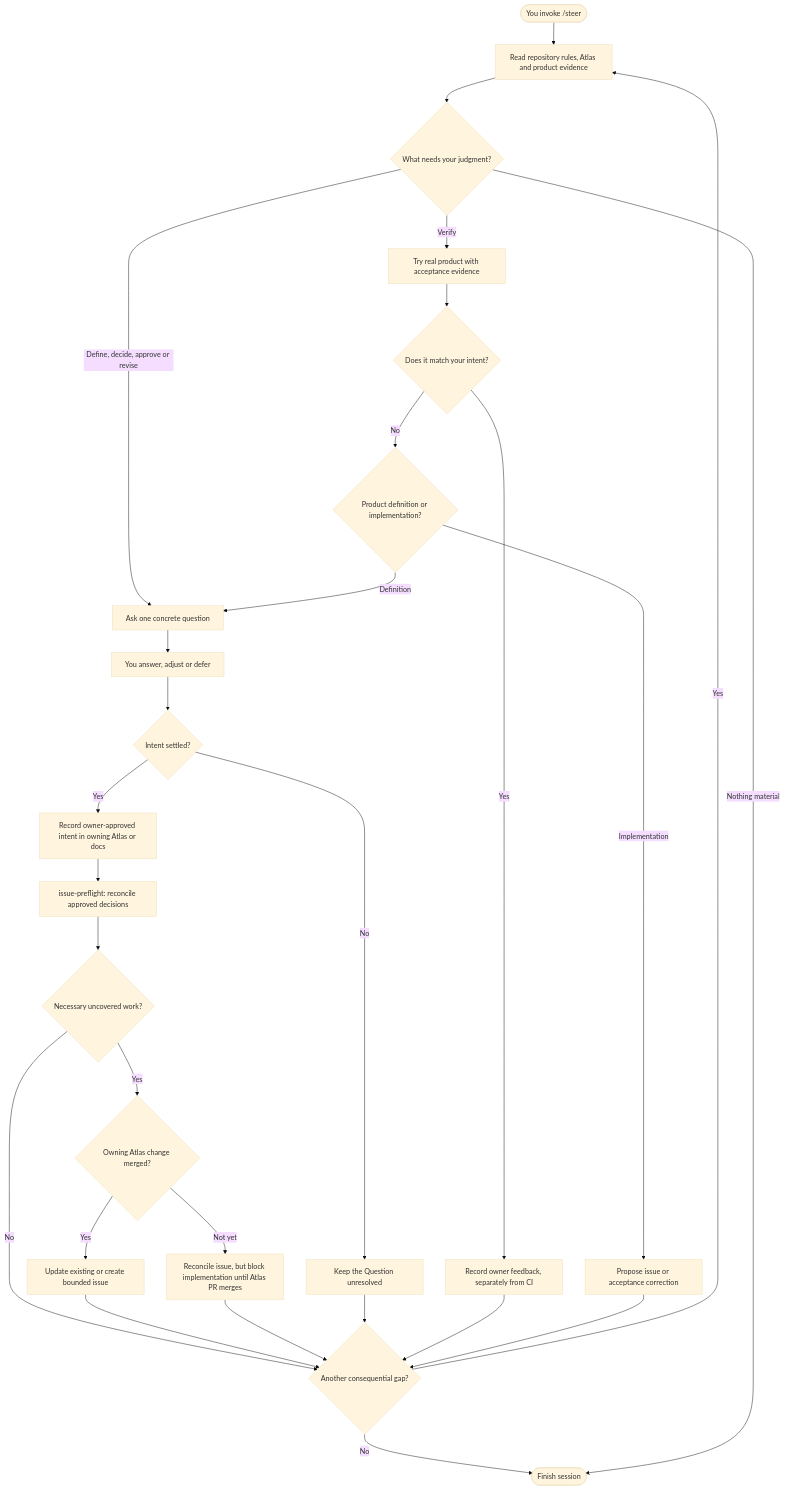
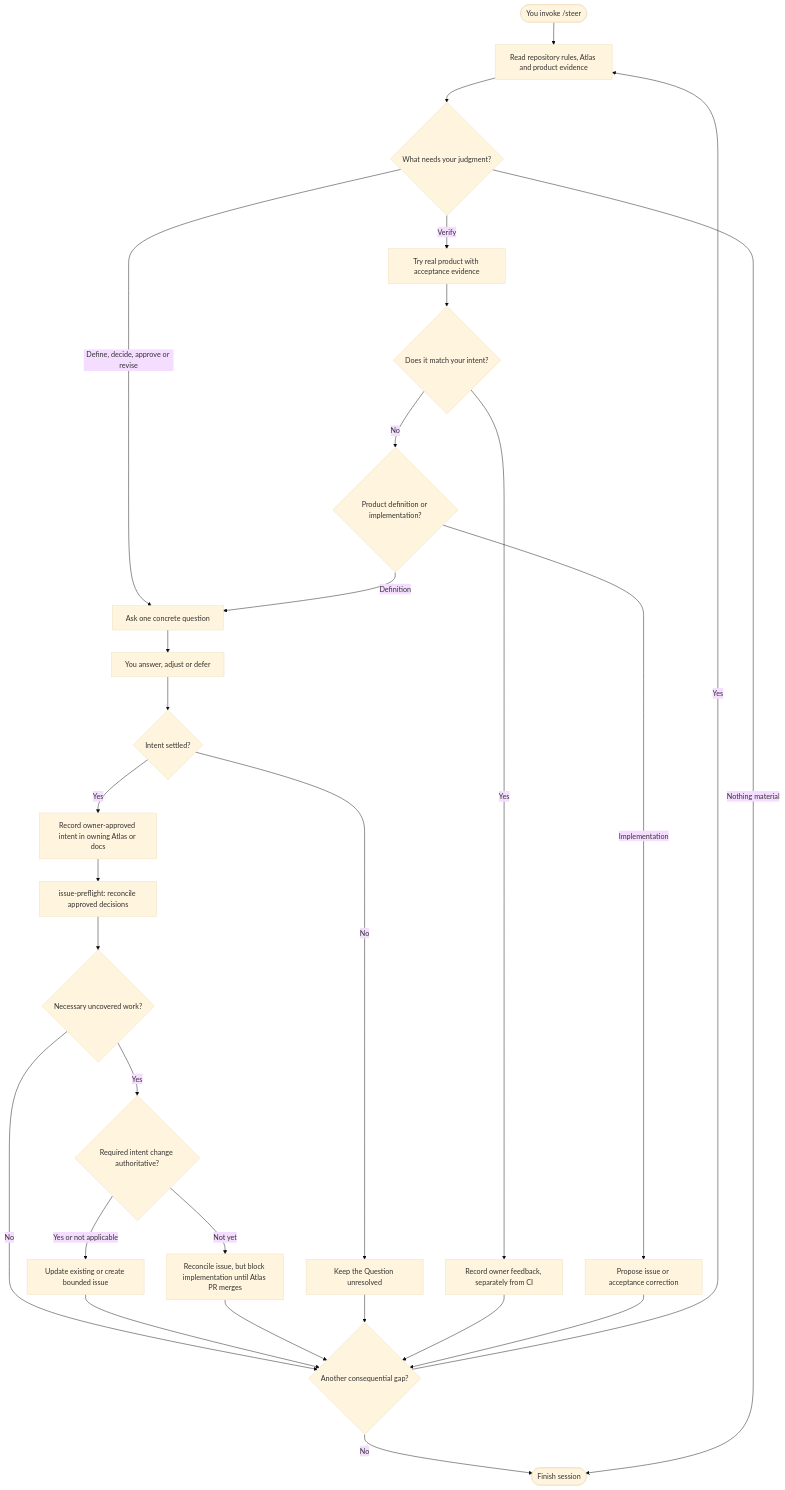
The first of 4 diagrams in docs/human-steering-flowcharts.md (moritzbrantner/dotfiles), drawn with Mermaid (base theme) before and after one commit. The commit also changed other lines of this file, not shown here.

Commit message:
docs: avoid blocking non-Atlas projects in flowcharts

````diff
--- a/docs/human-steering-flowcharts.md
+++ b/docs/human-steering-flowcharts.md
@@ -14,30 +14,30 @@
 ```mermaid
 flowchart TD
     S(["You invoke /steer"]) --> READ["Read repository rules, Atlas and product evidence"]
     READ --> ACTION{"What needs your judgment?"}
     ACTION -->|Define, decide, approve or revise| ASK["Ask one concrete question"]
     ASK --> ANSWER["You answer, adjust or defer"]
     ANSWER --> RESOLVED{"Intent settled?"}
     RESOLVED -->|Yes| PERSIST["Record owner-approved intent in owning Atlas or docs"]
     RESOLVED -->|No| QUESTION["Keep the Question unresolved"]
     ACTION -->|Verify| DEMO["Try real product with acceptance evidence"]
     DEMO --> MATCH{"Does it match your intent?"}
     MATCH -->|Yes| FEEDBACK["Record owner feedback, separately from CI"]
     MATCH -->|No| CAUSE{"Product definition or implementation?"}
     CAUSE -->|Definition| ASK
     CAUSE -->|Implementation| PROPOSE["Propose issue or acceptance correction"]
     PERSIST --> PREF["issue-preflight: reconcile approved decisions"]
     PREF --> NEEDED{"Necessary uncovered work?"}
     NEEDED -->|No| MORE
-    NEEDED -->|Yes| MERGED{"Owning Atlas change merged?"}
-    MERGED -->|Yes| ISSUE["Update existing or create bounded issue"]
+    NEEDED -->|Yes| MERGED{"Required intent change authoritative?"}
+    MERGED -->|Yes or not applicable| ISSUE["Update existing or create bounded issue"]
     MERGED -->|Not yet| PENDING["Reconcile issue, but block implementation until Atlas PR merges"]
     ISSUE --> MORE{"Another consequential gap?"}
     PENDING --> MORE
     QUESTION --> MORE
     FEEDBACK --> MORE
     PROPOSE --> MORE
     MORE -->|Yes| READ
     MORE -->|No| DONE(["Finish session"])
     ACTION -->|Nothing material| DONE
 ```
````
